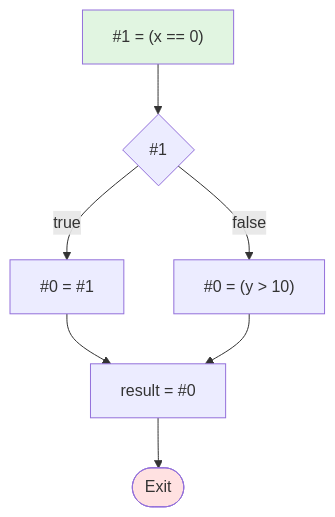
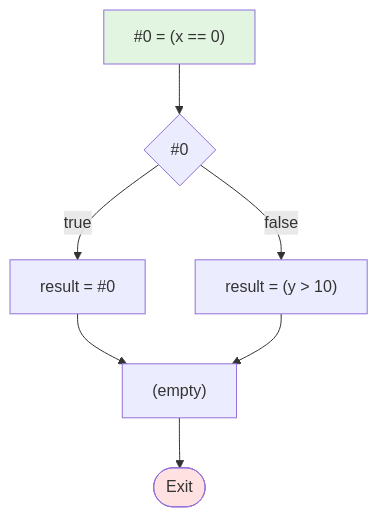
The diagram in mermaid_outputs/test4_shortcircuit_or.md (cny123222/Control-Flow-Graph-Generation-for-WhileD-Language), drawn with Mermaid before and after one commit. The commit also changed other lines of this file and 2 other files, not shown here.

````diff
--- a/mermaid_outputs/test4_shortcircuit_or.md
+++ b/mermaid_outputs/test4_shortcircuit_or.md
@@ -7,18 +7,18 @@
 ```mermaid
 flowchart TD
-    B0["#1 = (x == 0)"]
-    C0{#1}
-    B1["#0 = #1"]
-    B2["#0 = (y > 10)"]
-    B3["result = #0"]
+    B0["#0 = (x == 0)"]
+    C0{#0}
+    B1["result = #0"]
+    B2["result = (y > 10)"]
+    B3["(empty)"]
 
     B0 --> C0
     C0 -->|false| B2
     C0 -->|true| B1
     B1 --> B3
     B2 --> B3
     B3 --> Exit([Exit])
 
     style B0 fill:#e1f5e1
     style Exit fill:#ffe1e1
 ```
````
